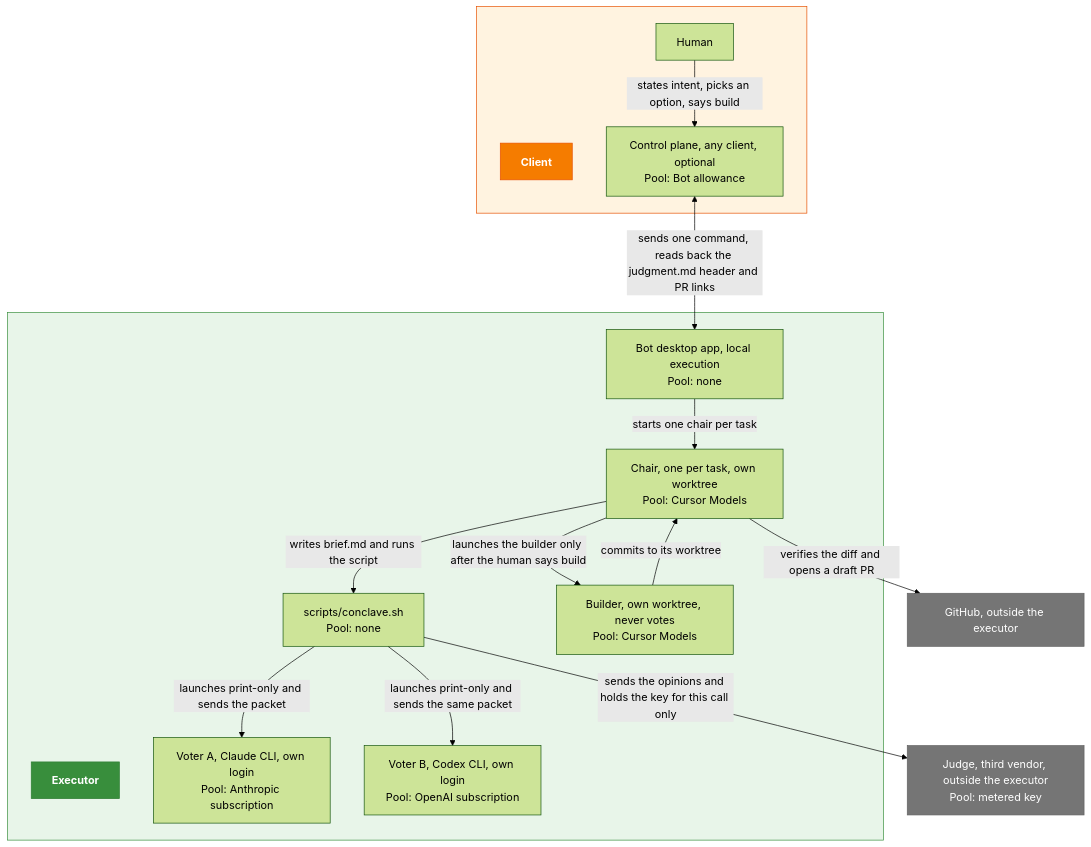
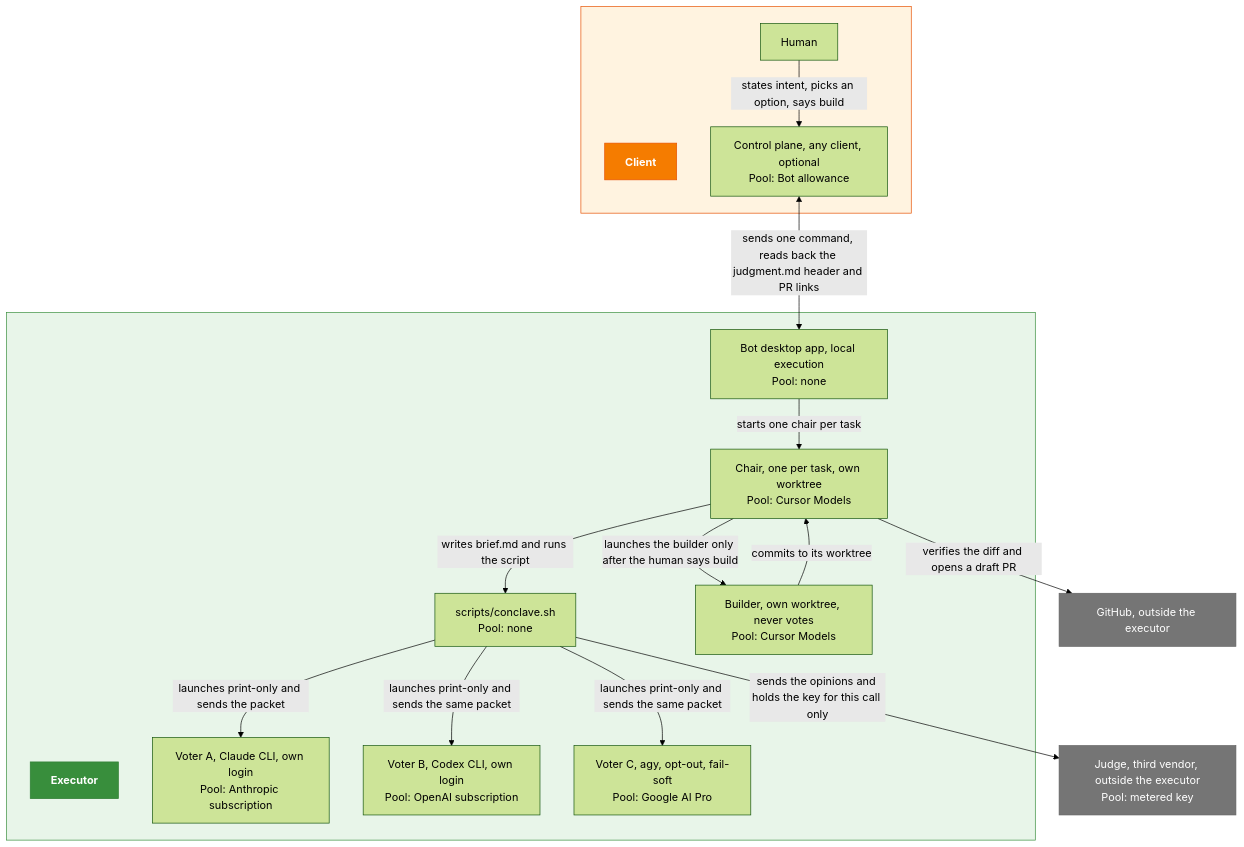
The first of 3 diagrams in README.md (rymiwe/conclave), drawn with Mermaid (forest theme) before and after one commit. The commit also changed other lines of this file and 16 other files, not shown here.

First line of the commit message:
Seat Argon as a fail-soft voter on design and mixed ballots.

````diff
--- a/README.md
+++ b/README.md
@@ -11,35 +11,37 @@
 ```mermaid
 flowchart TB
   subgraph CLIENT[" "]
     CLIENT_T["Client"]
     Human["Human"]
     Bot["Control plane, any client, optional<br/>Pool: Bot allowance"]
   end
   subgraph EXEC[" "]
     EXEC_T["Executor"]
     Bridge["Bot desktop app, local execution<br/>Pool: none"]
     Chair["Chair, one per task, own worktree<br/>Pool: Cursor Models"]
     Script["scripts/conclave.sh<br/>Pool: none"]
     VoterA["Voter A, Claude CLI, own login<br/>Pool: Anthropic subscription"]
     VoterB["Voter B, Codex CLI, own login<br/>Pool: OpenAI subscription"]
+    VoterC["Voter C, agy, opt-out, fail-soft<br/>Pool: Google AI Pro"]
     Builder["Builder, own worktree, never votes<br/>Pool: Cursor Models"]
   end
   Jev["Judge, third vendor, outside the executor<br/>Pool: metered key"]
   GitHub["GitHub, outside the executor"]
   Human -->|"states intent, picks an option, says build"| Bot
   Bot <-->|"sends one command, reads back the judgment.md header and PR links"| Bridge
   Bridge -->|"starts one chair per task"| Chair
   Chair -->|"writes brief.md and runs the script"| Script
   Script -->|"launches print-only and sends the packet"| VoterA
   Script -->|"launches print-only and sends the same packet"| VoterB
+  Script -->|"launches print-only and sends the same packet"| VoterC
   Script -->|"sends the opinions and holds the key for this call only"| Jev
   Chair -->|"launches the builder only after the human says build"| Builder
   Builder -->|"commits to its worktree"| Chair
   Chair -->|"verifies the diff and opens a draft PR"| GitHub
   style CLIENT fill:#fff3e0,stroke:#e65100
   style CLIENT_T fill:#f57c00,stroke:#e65100,color:#fff,font-weight:bold
   style EXEC fill:#e8f5e9,stroke:#388e3c
   style EXEC_T fill:#388e3c,stroke:#2e7d32,color:#fff,font-weight:bold
   style Jev fill:#757575,stroke:#616161,color:#fff
   style GitHub fill:#757575,stroke:#616161,color:#fff
 ```
````
